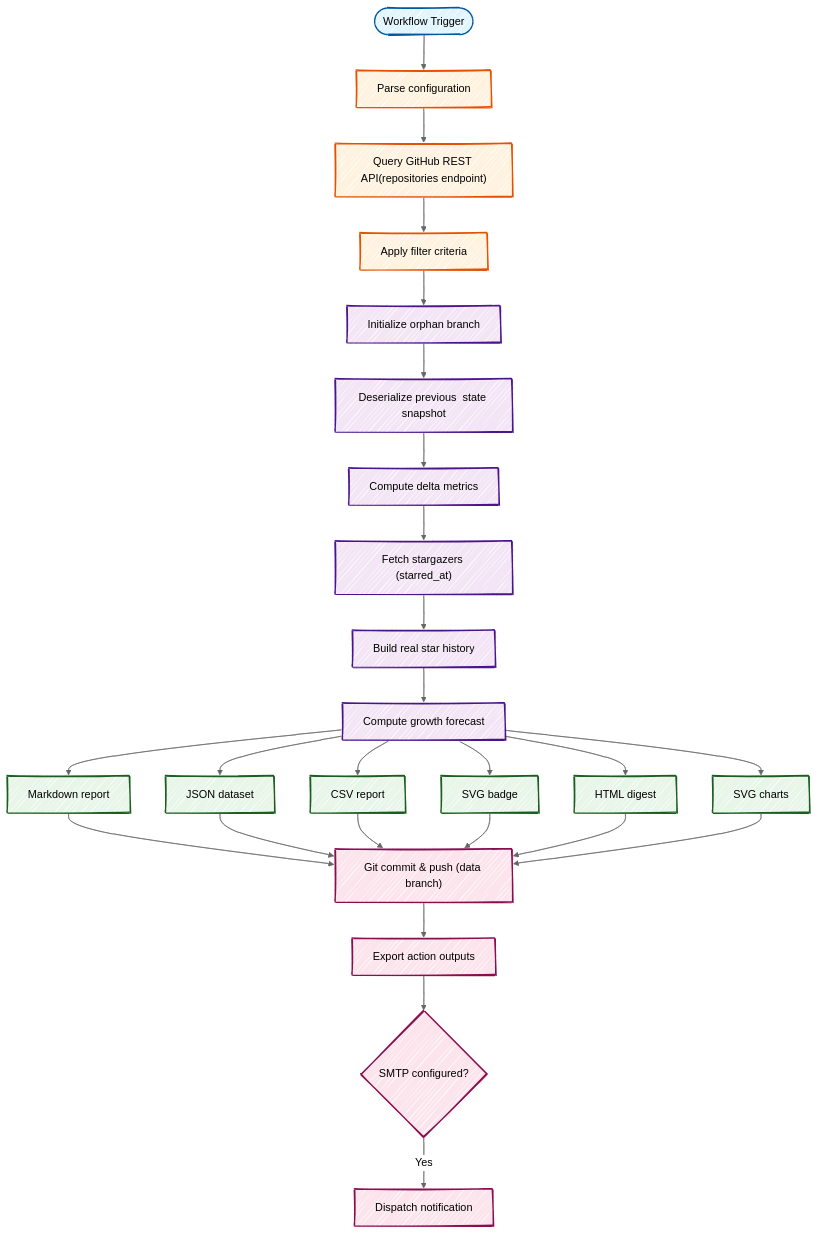
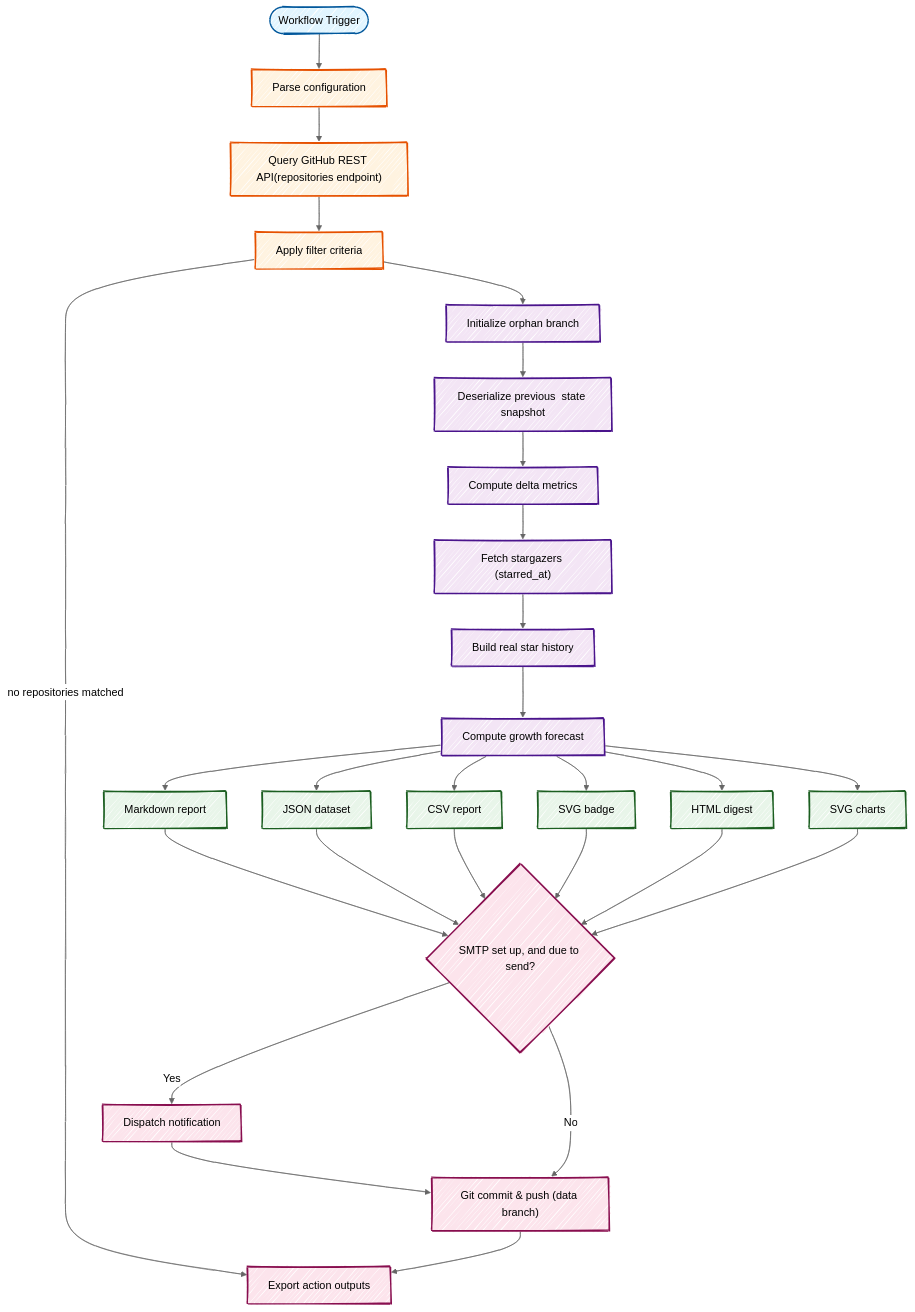
The diagram in README.md (fbuireu/github-star-tracker), drawn with Mermaid before and after one commit. The commit also changed other lines of this file and 111 other files, not shown here.

````diff
--- a/README.md
+++ b/README.md
@@ -229,56 +231,59 @@
 ```mermaid
 ---
 config:
   look: handDrawn
   theme: neutral
 ---
 flowchart TD
     trigger(["Workflow Trigger"])
     config["Parse configuration"]
     fetch["Query GitHub REST API(repositories endpoint)"]
     filter["Apply filter criteria"]
     init["Initialize orphan branch"]
     read["Deserialize previous  state snapshot"]
     compare["Compute delta metrics"]
     stargazers["Fetch stargazers (starred_at)"]
     history["Build real star history"]
     forecast["Compute growth forecast"]
     md["Markdown report"]
     json["JSON dataset"]
     csv["CSV report"]
     svg["SVG badge"]
     html["HTML digest"]
     charts["SVG charts"]
     commit["Git commit & push (data branch)"]
     setout["Export action outputs"]
-    email{"SMTP configured?"}
+    email{"SMTP set up, and due to send?"}
     send["Dispatch notification"]
 
     trigger --> config --> fetch --> filter
+    filter -->|no repositories matched| setout
     filter --> init --> read --> compare
     compare --> stargazers --> history --> forecast
     forecast --> md & json & csv & svg & html & charts
-    md & json & csv & svg & html & charts --> commit --> setout --> email
-    email -->|Yes| send
+    md & json & csv & svg & html & charts --> email
+    email -->|Yes| send --> commit
+    email -->|No| commit
+    commit --> setout
 
     style trigger fill:#e1f5ff,stroke:#01579b,stroke-width:2px
     style config fill:#fff3e0,stroke:#e65100,stroke-width:2px
     style fetch fill:#fff3e0,stroke:#e65100,stroke-width:2px
     style filter fill:#fff3e0,stroke:#e65100,stroke-width:2px
     style init fill:#f3e5f5,stroke:#4a148c,stroke-width:2px
     style read fill:#f3e5f5,stroke:#4a148c,stroke-width:2px
     style compare fill:#f3e5f5,stroke:#4a148c,stroke-width:2px
     style stargazers fill:#f3e5f5,stroke:#4a148c,stroke-width:2px
     style history fill:#f3e5f5,stroke:#4a148c,stroke-width:2px
     style forecast fill:#f3e5f5,stroke:#4a148c,stroke-width:2px
     style md fill:#e8f5e9,stroke:#1b5e20,stroke-width:2px
     style json fill:#e8f5e9,stroke:#1b5e20,stroke-width:2px
     style csv fill:#e8f5e9,stroke:#1b5e20,stroke-width:2px
     style svg fill:#e8f5e9,stroke:#1b5e20,stroke-width:2px
     style html fill:#e8f5e9,stroke:#1b5e20,stroke-width:2px
     style charts fill:#e8f5e9,stroke:#1b5e20,stroke-width:2px
     style commit fill:#fce4ec,stroke:#880e4f,stroke-width:2px
     style setout fill:#fce4ec,stroke:#880e4f,stroke-width:2px
     style email fill:#fce4ec,stroke:#880e4f,stroke-width:2px
     style send fill:#fce4ec,stroke:#880e4f,stroke-width:2px
 ```
````
